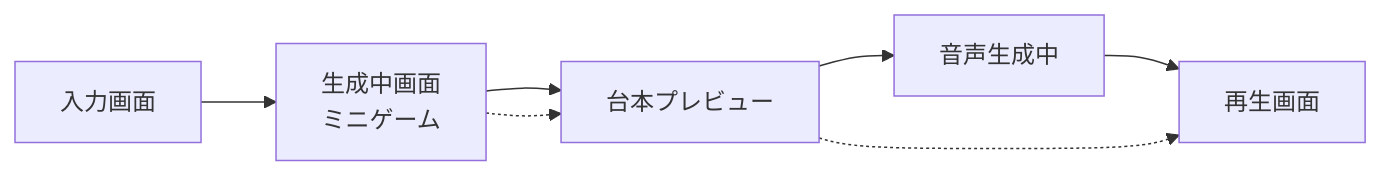
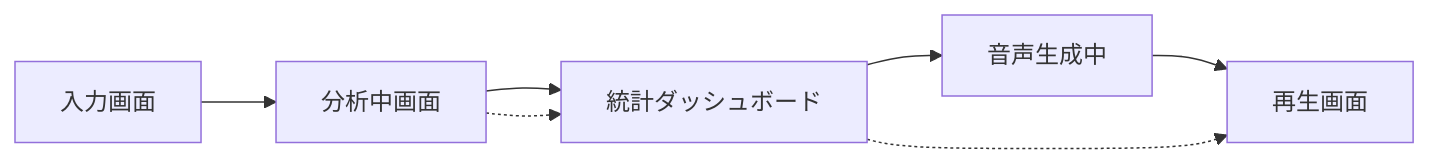
Before and after one commit to henteko/personalcast: the diagram in docs/cloud-run-requirements.md, drawn with Mermaid. The commit also changed other lines of this file and 2 other files, not shown here.

````diff
--- a/docs/cloud-run-requirements.md
+++ b/docs/cloud-run-requirements.md
@@ -416,10 +436,10 @@
 ```mermaid
 graph LR
-    A[入力画面] --> B[生成中画面<br/>ミニゲーム]
-    B --> C[台本プレビュー]
+    A[入力画面] --> B[分析中画面]
+    B --> C[統計ダッシュボード]
     C --> D[音声生成中]
     D --> E[再生画面]
     
     B -.-> C
     C -.-> E
 ```
````
